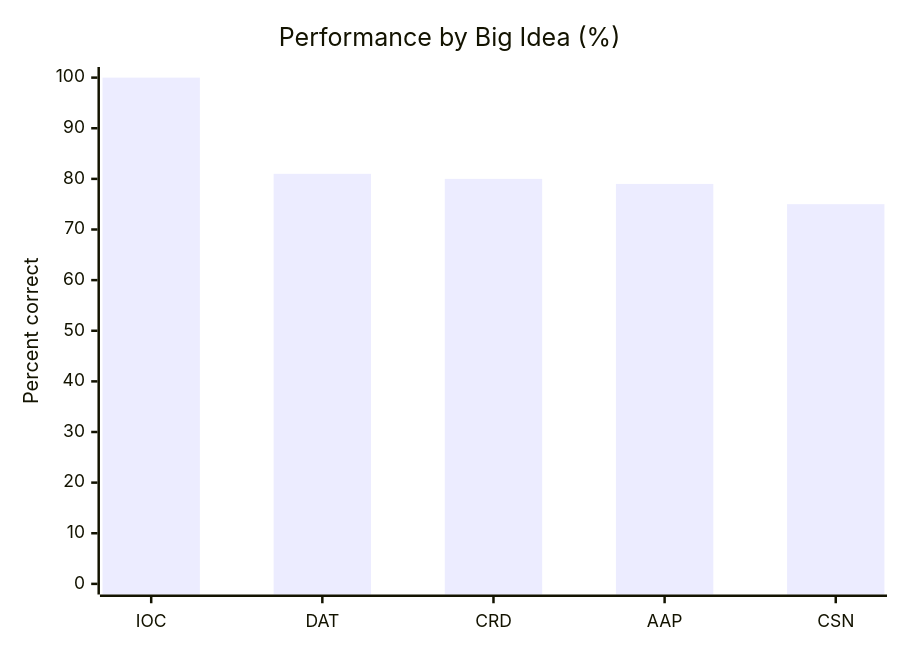
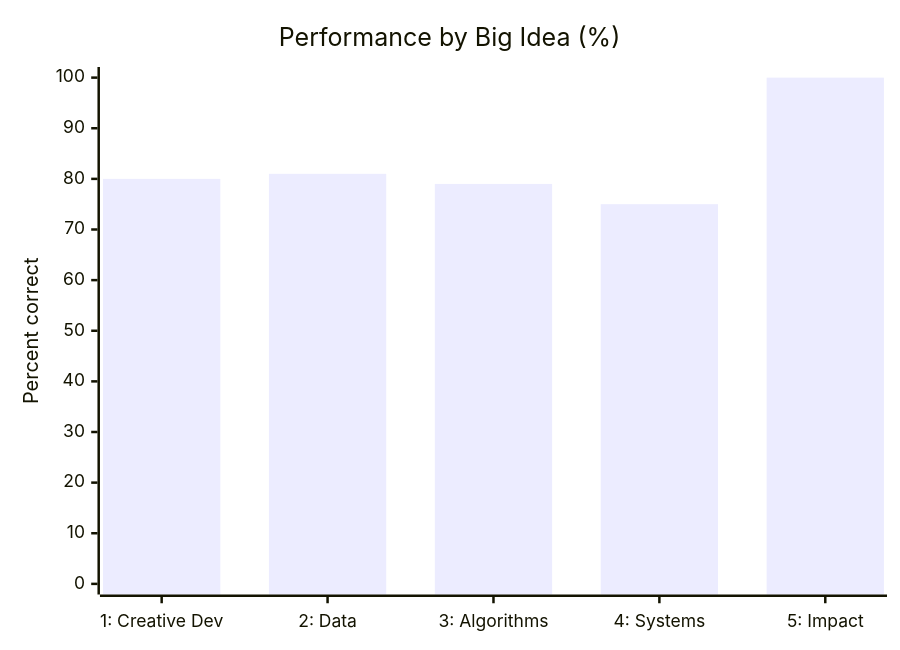
The second of 4 diagrams in _posts/2026-10-12-mcq-reflection-retrospective.md (Anika2317/portfolio), drawn with Mermaid before and after one commit. The commit also changed other lines of this file and 1 other file, not shown here.

````diff
--- a/_posts/2026-10-12-mcq-reflection-retrospective.md
+++ b/_posts/2026-10-12-mcq-reflection-retrospective.md
@@ -66,7 +64,7 @@
 ```mermaid
 xychart-beta
     title "Performance by Big Idea (%)"
-    x-axis [IOC, DAT, CRD, AAP, CSN]
+    x-axis ["1: Creative Dev", "2: Data", "3: Algorithms", "4: Systems", "5: Impact"]
     y-axis "Percent correct" 0 --> 100
-    bar [100, 81, 80, 79, 75]
+    bar [80, 81, 79, 75, 100]
 ```
````
